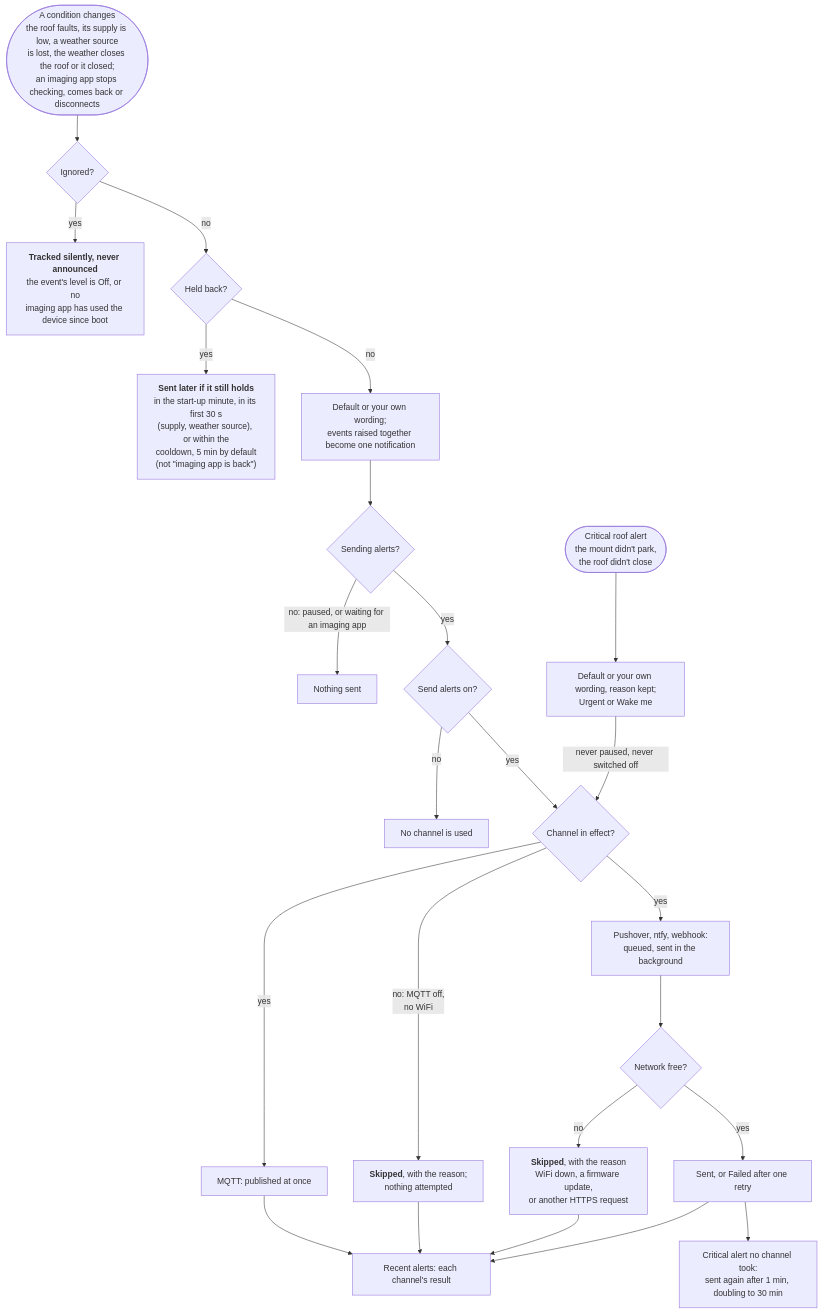
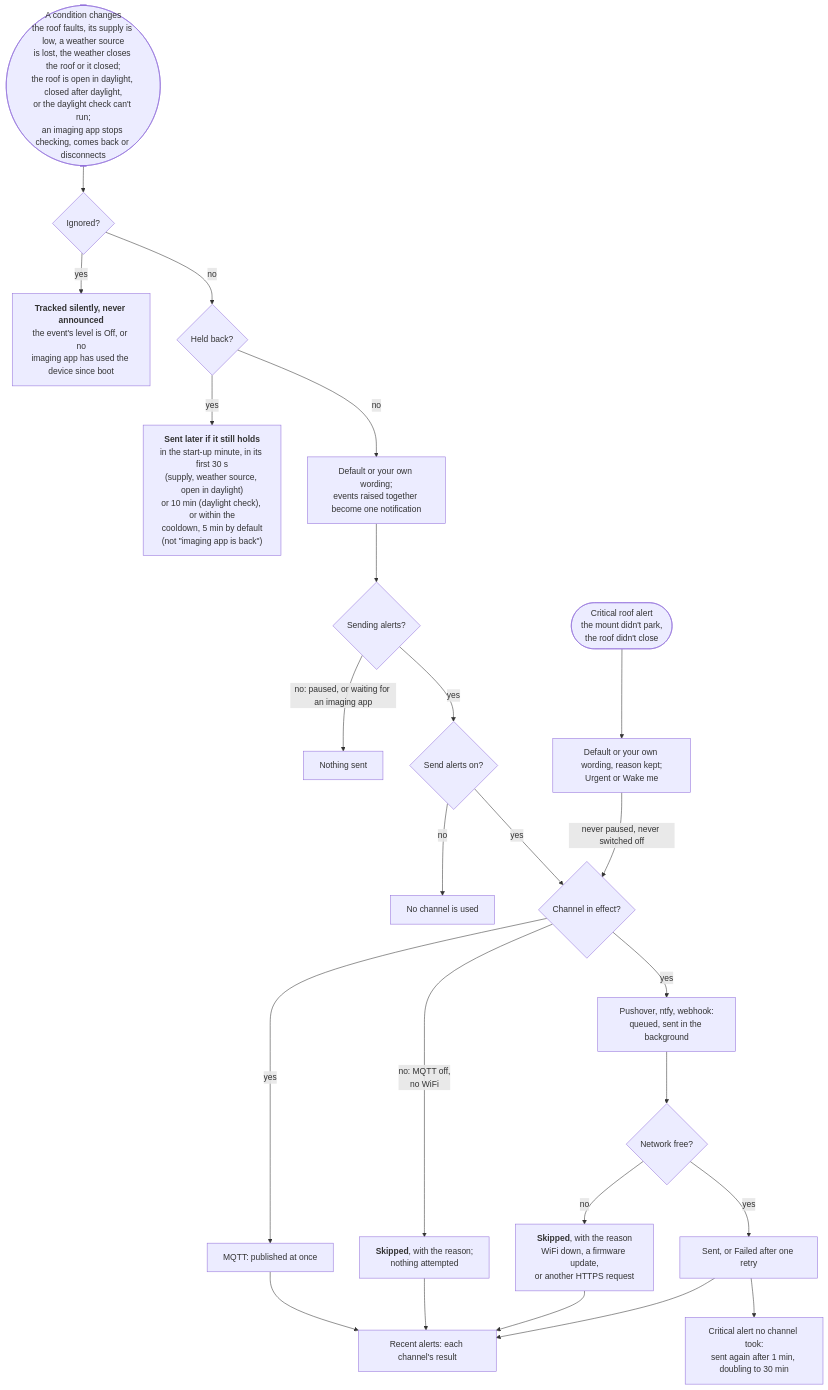
The diagram in docs/user-guide/alerts.md (DeanJ87/RoofRoof), drawn with Mermaid before and after one commit. The commit also changed other lines of this file and 16 other files, not shown here.

Commit message:
013: docs: daylight failsafe in the close-on-unsafe guide, configuration, alerts, REST, MQTT, Alpaca, dashboard, demo, troubleshooting, heritage; diagrams re-checked

````diff
--- a/docs/user-guide/alerts.md
+++ b/docs/user-guide/alerts.md
@@ -24,28 +24,28 @@
 ```mermaid
 flowchart TB
     accTitle: Why an alert does or doesn't arrive
     accDescr: Each second the device compares the roof and the imaging app with what you were last told. A change can be tracked silently, held back for now, or dropped by its level; otherwise it is worded and, if alerts are on and not paused, sent to every enabled channel, with each channel's result recorded. A critical roof alert skips the pause and the master switch, and is sent again until a channel takes it.
-    CHANGE(["A condition changes<br/>the roof faults, its supply is low, a weather source<br/>is lost, the weather closes the roof or it closed;<br/>an imaging app stops checking, comes back or disconnects"]) --> SILENT{"Ignored?"}
+    CHANGE(["A condition changes<br/>the roof faults, its supply is low, a weather source<br/>is lost, the weather closes the roof or it closed;<br/>the roof is open in daylight, closed after daylight,<br/>or the daylight check can't run;<br/>an imaging app stops checking, comes back or disconnects"]) --> SILENT{"Ignored?"}
     SILENT -->|yes| TRACKED["<b>Tracked silently, never announced</b><br/>the event's level is Off, or no<br/>imaging app has used the device since boot"]
     SILENT -->|no| HELD{"Held back?"}
-    HELD -->|yes| LATER["<b>Sent later if it still holds</b><br/>in the start-up minute, in its first 30 s<br/>(supply, weather source), or within the<br/>cooldown, 5 min by default<br/>(not &quot;imaging app is back&quot;)"]
+    HELD -->|yes| LATER["<b>Sent later if it still holds</b><br/>in the start-up minute, in its first 30 s<br/>(supply, weather source, open in daylight)<br/>or 10 min (daylight check), or within the<br/>cooldown, 5 min by default<br/>(not &quot;imaging app is back&quot;)"]
     HELD -->|no| WORDING["Default or your own wording;<br/>events raised together become one notification"]
     WORDING --> ON{"Sending alerts?"}
     ON -->|"no: paused, or waiting for an imaging app"| NOTHING["Nothing sent"]
     ON -->|yes| MASTER{"Send alerts on?"}
     MASTER -->|no| NOPUSH["No channel is used"]
     MASTER -->|yes| INEFFECT{"Channel in effect?"}
     CRITICAL(["Critical roof alert<br/>the mount didn't park,<br/>the roof didn't close"]) --> CWORDING["Default or your own wording, reason kept;<br/>Urgent or Wake me"]
     CWORDING -->|"never paused, never switched off"| INEFFECT
     SENT --> AGAIN["Critical alert no channel took:<br/>sent again after 1 min, doubling to 30 min"]
     INEFFECT -->|"no: MQTT off,<br/>no WiFi"| INACTIVE["<b>Skipped</b>, with the reason;<br/>nothing attempted"]
     INEFFECT -->|yes| MQTT["MQTT: published at once"]
     INEFFECT -->|yes| HTTP["Pushover, ntfy, webhook:<br/>queued, sent in the background"]
     HTTP --> CANSEND{"Network free?"}
     CANSEND -->|no| SKIPPED["<b>Skipped</b>, with the reason<br/>WiFi down, a firmware update,<br/>or another HTTPS request"]
     CANSEND -->|yes| SENT["Sent, or Failed after one retry"]
     MQTT --> RECENT["Recent alerts: each channel's result"]
     INACTIVE --> RECENT
     SKIPPED --> RECENT
     SENT --> RECENT
 ```
````
